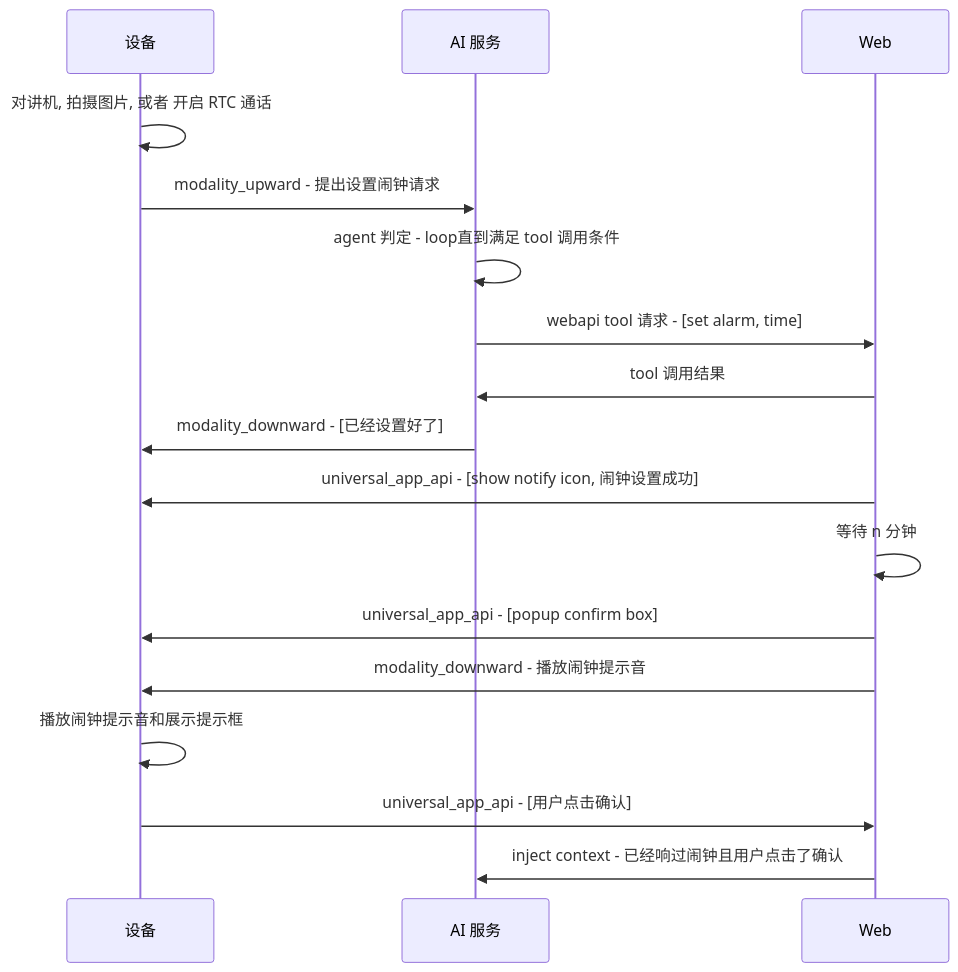
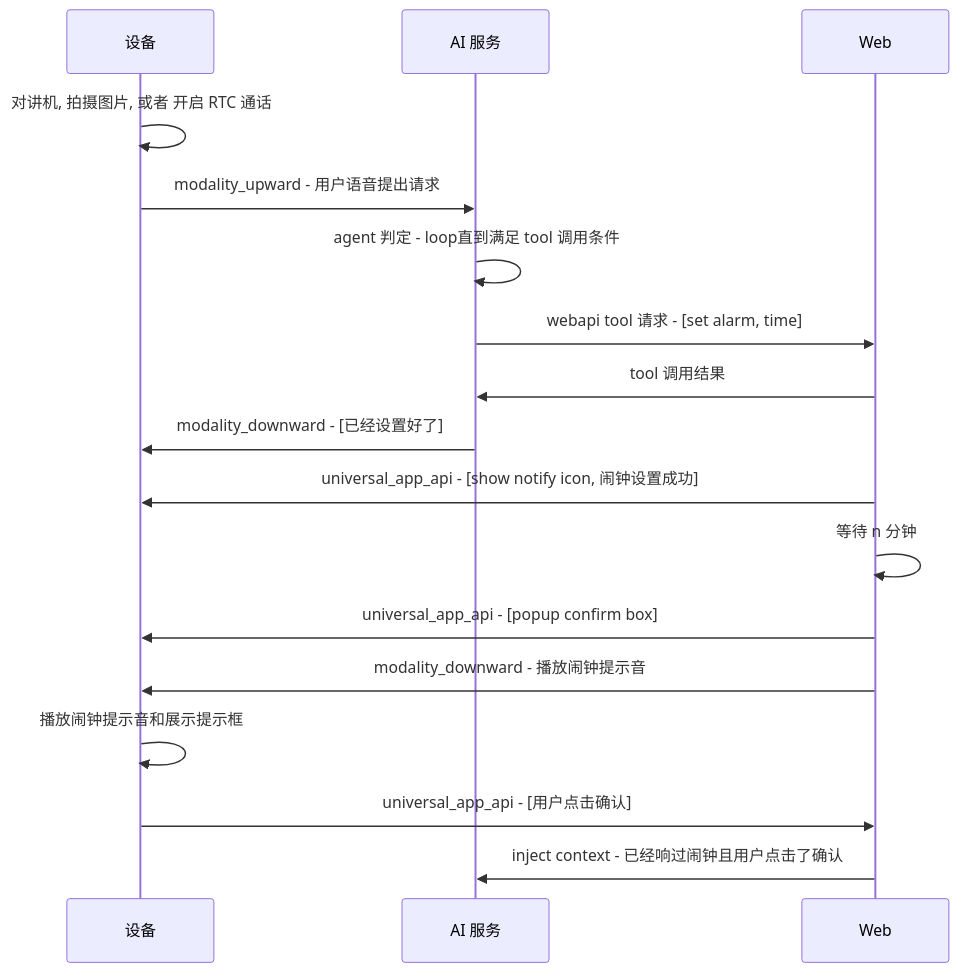
One commit to shaojun/open_docs changed the fifth of 8 diagrams in projects/commercial/USER_STORY.md. Above: the diagram before and after it, drawn with Mermaid. The commit also changed other lines of this file and 3 other files, not shown here.

````diff
--- a/projects/commercial/USER_STORY.md
+++ b/projects/commercial/USER_STORY.md
@@ -74,18 +74,18 @@
 ```mermaid
 sequenceDiagram
     participant Device as 设备
     participant AIService as AI 服务
     Device->>Device: 对讲机, 拍摄图片, 或者 开启 RTC 通话
-    Device->>AIService: modality_upward - 提出设置闹钟请求
+    Device->>AIService: modality_upward - 用户语音提出请求
     AIService->>AIService: agent 判定 - loop直到满足 tool 调用条件
     AIService->>Web: webapi tool 请求 - [set alarm, time]
     Web->>AIService: tool 调用结果
     AIService->>Device: modality_downward - [已经设置好了]
      Web->>Device: universal_app_api - [show notify icon, 闹钟设置成功]
     Web->>Web: 等待 n 分钟
     Web->>Device: universal_app_api - [popup confirm box]
     Web->>Device: modality_downward - 播放闹钟提示音
     Device->>Device: 播放闹钟提示音和展示提示框
     Device->>Web: universal_app_api - [用户点击确认]
     Web->>AIService: inject context - 已经响过闹钟且用户点击了确认
 ```
````
